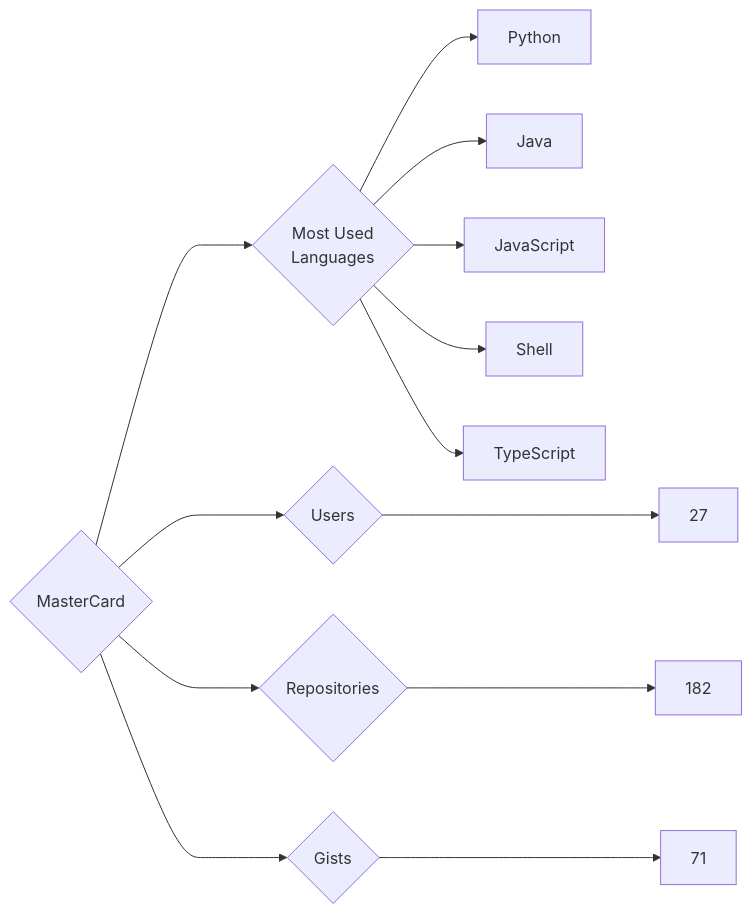
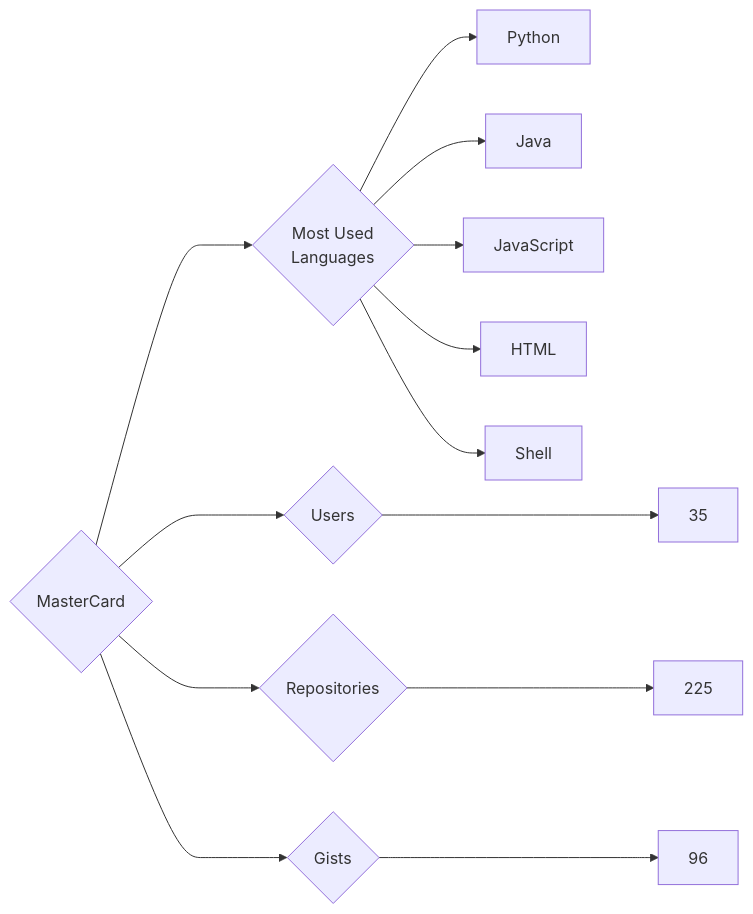
Before and after one commit to trickest/insiders: the diagram in targets/MasterCard/README.md, drawn with Mermaid. The commit also changed 806 other files, not shown here.

````diff
--- a/targets/MasterCard/README.md
+++ b/targets/MasterCard/README.md
@@ -3,13 +3,13 @@
 ```mermaid
 graph LR
 COMPANY_NAME{MasterCard}
-COMPANY_NAME ---> U{Users} ---> UN[27]
-COMPANY_NAME ---> R{Repositories} ---> RN[182]
-COMPANY_NAME ---> G{Gists} ---> GN[71]
+COMPANY_NAME ---> U{Users} ---> UN[35]
+COMPANY_NAME ---> R{Repositories} ---> RN[225]
+COMPANY_NAME ---> G{Gists} ---> GN[96]
 COMPANY_NAME ---> ML{Most Used<br>Languages}
 ML --> Python[Python]
 ML --> Java[Java]
 ML --> JavaScript[JavaScript]
+ML --> HTML[HTML]
 ML --> Shell[Shell]
-ML --> TypeScript[TypeScript]
 ```
````
